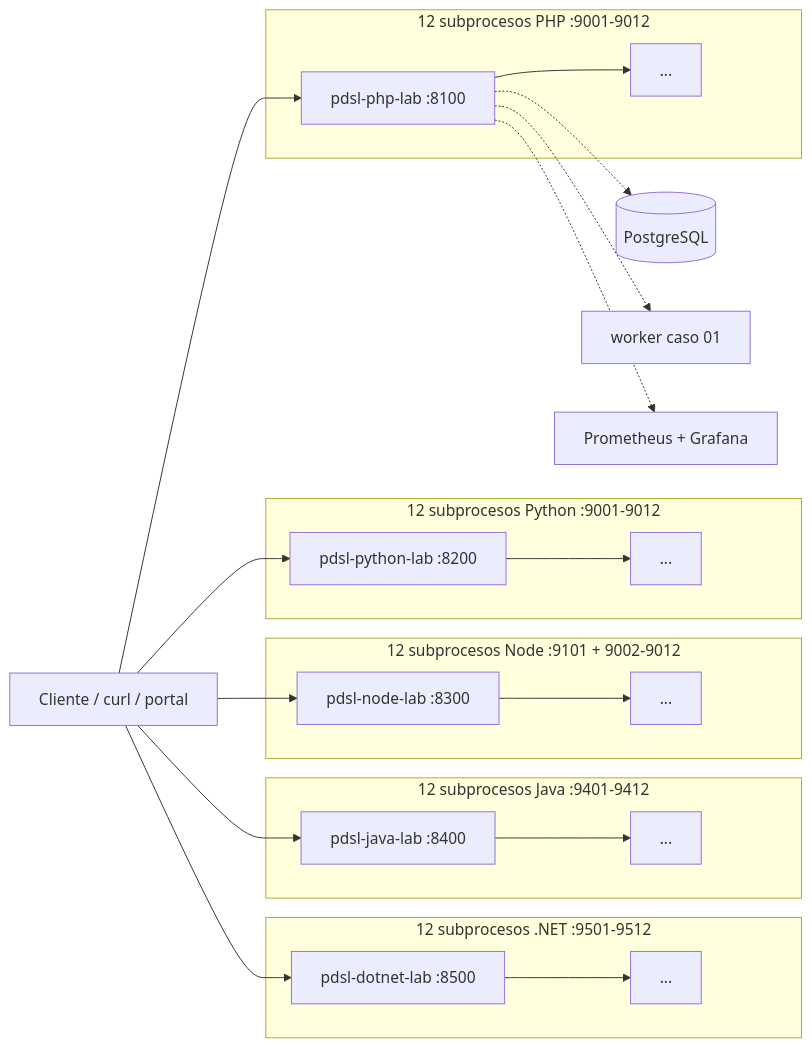
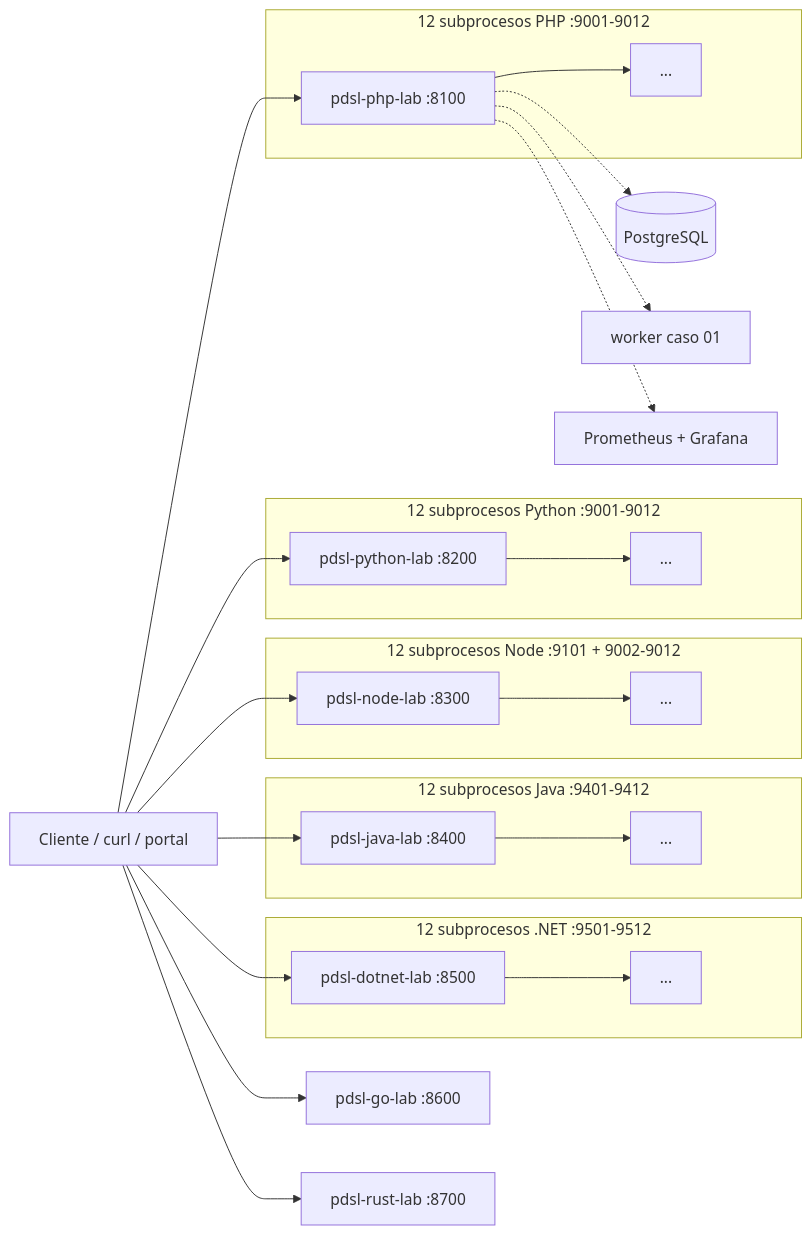
One commit to vladimiracunadev-create/problem-driven-systems-lab changed the diagram in docs/docker-strategy.md. Above: the diagram before and after it, drawn with Mermaid. The commit also changed other lines of this file and 50 other files, not shown here.

````diff
--- a/docs/docker-strategy.md
+++ b/docs/docker-strategy.md
@@ -42,29 +42,31 @@
 ```mermaid
 flowchart LR
     client[Cliente / curl / portal]
     client --> php_lab["pdsl-php-lab :8100"]
     client --> py_lab["pdsl-python-lab :8200"]
     client --> node_lab["pdsl-node-lab :8300"]
     client --> java_lab["pdsl-java-lab :8400"]
     client --> net_lab["pdsl-dotnet-lab :8500"]
+    client --> go_lab["pdsl-go-lab :8600"]
+    client --> rs_lab["pdsl-rust-lab :8700"]
 
     subgraph php_internal["12 subprocesos PHP :9001-9012"]
         php_lab --> p1["..."]
     end
     subgraph py_internal["12 subprocesos Python :9001-9012"]
         py_lab --> py1["..."]
     end
     subgraph node_internal["12 subprocesos Node :9101 + 9002-9012"]
         node_lab --> n1["..."]
     end
     subgraph java_internal["12 subprocesos Java :9401-9412"]
         java_lab --> j1["..."]
     end
     subgraph net_internal["12 subprocesos .NET :9501-9512"]
         net_lab --> d1["..."]
     end
 
     php_lab -.-> pg[("PostgreSQL")]
     php_lab -.-> w["worker caso 01"]
     php_lab -.-> prom["Prometheus + Grafana"]
 ```
````
